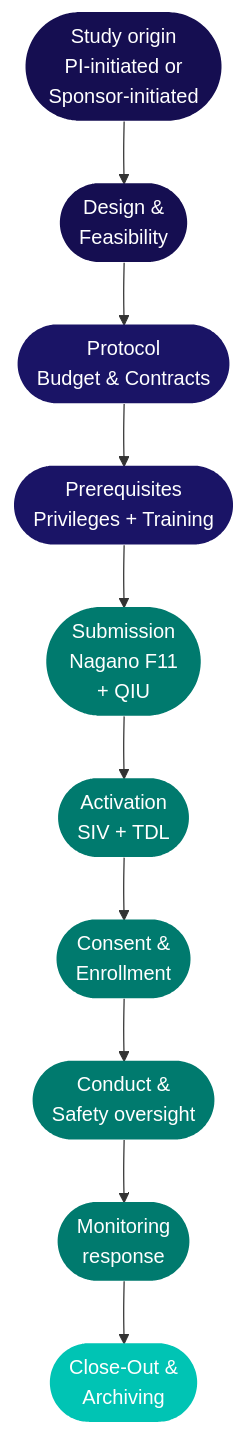
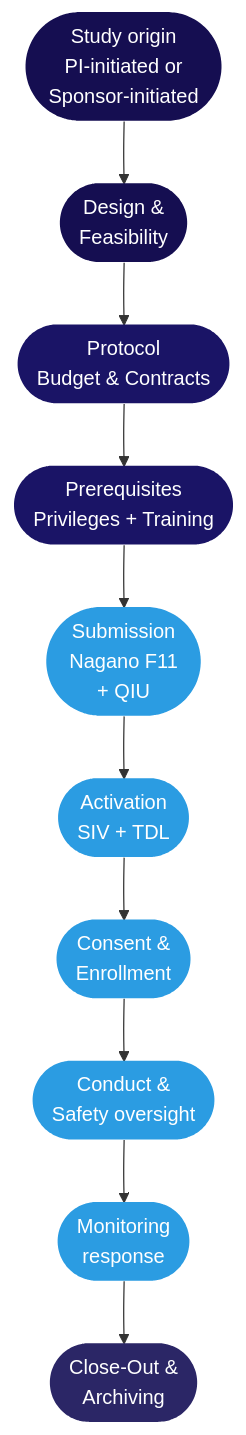
The first of 2 diagrams in kb/roles/pi-orientation.mdx (matthewfiorentino/docs), drawn with Mermaid before and after one commit. The commit also changed other lines of this file and 36 other files, not shown here.

````diff
--- a/kb/roles/pi-orientation.mdx
+++ b/kb/roles/pi-orientation.mdx
@@ -39,15 +39,15 @@
 ```mermaid
 flowchart TD
     A([Study origin\nPI-initiated or\nSponsor-initiated]) --> B([Design &\nFeasibility]) --> C([Protocol\nBudget & Contracts]) --> D([Prerequisites\nPrivileges + Training]) --> E([Submission\nNagano F11\n+ QIU]) --> F([Activation\nSIV + TDL]) --> G([Consent &\nEnrollment]) --> H([Conduct &\nSafety oversight]) --> I([Monitoring\nresponse]) --> J([Close-Out &\nArchiving])
 
     style A fill:#150e51,color:#fff,stroke:none
     style B fill:#150e51,color:#fff,stroke:none
     style C fill:#1a1466,color:#fff,stroke:none
     style D fill:#1a1466,color:#fff,stroke:none
-    style E fill:#007a6e,color:#fff,stroke:none
-    style F fill:#007a6e,color:#fff,stroke:none
-    style G fill:#007a6e,color:#fff,stroke:none
-    style H fill:#007a6e,color:#fff,stroke:none
-    style I fill:#007a6e,color:#fff,stroke:none
-    style J fill:#00c4b4,color:#fff,stroke:none
+    style E fill:#2b9ce2,color:#fff,stroke:none
+    style F fill:#2b9ce2,color:#fff,stroke:none
+    style G fill:#2b9ce2,color:#fff,stroke:none
+    style H fill:#2b9ce2,color:#fff,stroke:none
+    style I fill:#2b9ce2,color:#fff,stroke:none
+    style J fill:#2b2666,color:#fff,stroke:none
 ```
````
